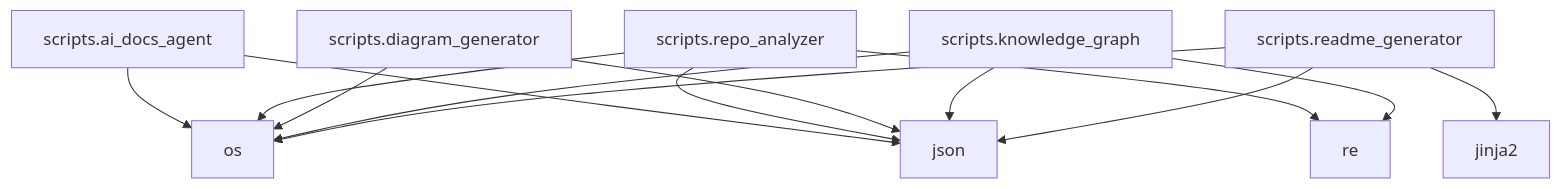
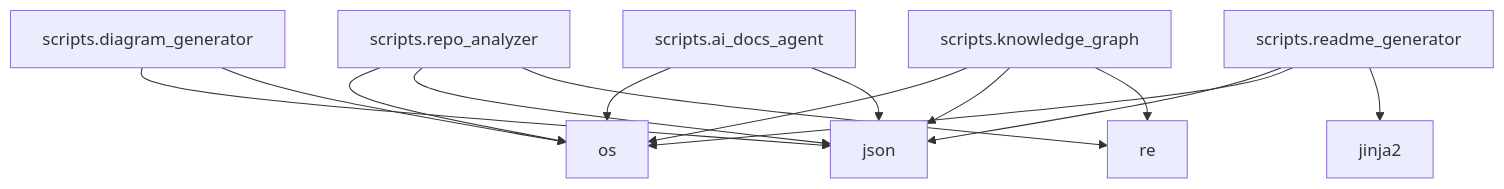
Before and after one commit to NITISH-R-G/FACE-EMOTION-DETECTION: the diagram in README.md, drawn with Mermaid. The commit also changed other lines of this file and 3 other files, not shown here.

Commit message:
docs: auto-update repository documentation and diagrams [skip ci]

````diff
--- a/README.md
+++ b/README.md
@@ -45,30 +45,30 @@
 ```mermaid
 graph TD;
-    scripts_ai_docs_agent["scripts.ai_docs_agent"];
-    click scripts_ai_docs_agent "scripts/ai_docs_agent.py" "View source";
+    scripts_repo_analyzer["scripts.repo_analyzer"];
+    click scripts_repo_analyzer "scripts/repo_analyzer.py" "View source";
     os["os"];
     json["json"];
-    scripts_repo_analyzer["scripts.repo_analyzer"];
-    click scripts_repo_analyzer "scripts/repo_analyzer.py" "View source";
     re["re"];
     scripts_diagram_generator["scripts.diagram_generator"];
     click scripts_diagram_generator "scripts/diagram_generator.py" "View source";
     scripts_knowledge_graph["scripts.knowledge_graph"];
     click scripts_knowledge_graph "scripts/knowledge_graph.py" "View source";
     scripts_readme_generator["scripts.readme_generator"];
     click scripts_readme_generator "scripts/readme_generator.py" "View source";
     jinja2["jinja2"];
-    scripts_ai_docs_agent --> os;
-    scripts_ai_docs_agent --> json;
+    scripts_ai_docs_agent["scripts.ai_docs_agent"];
+    click scripts_ai_docs_agent "scripts/ai_docs_agent.py" "View source";
     scripts_repo_analyzer --> os;
     scripts_repo_analyzer --> json;
     scripts_repo_analyzer --> re;
     scripts_diagram_generator --> json;
     scripts_diagram_generator --> os;
     scripts_knowledge_graph --> os;
     scripts_knowledge_graph --> json;
     scripts_knowledge_graph --> re;
     scripts_readme_generator --> json;
     scripts_readme_generator --> os;
     scripts_readme_generator --> jinja2;
+    scripts_ai_docs_agent --> os;
+    scripts_ai_docs_agent --> json;
 ```
````
